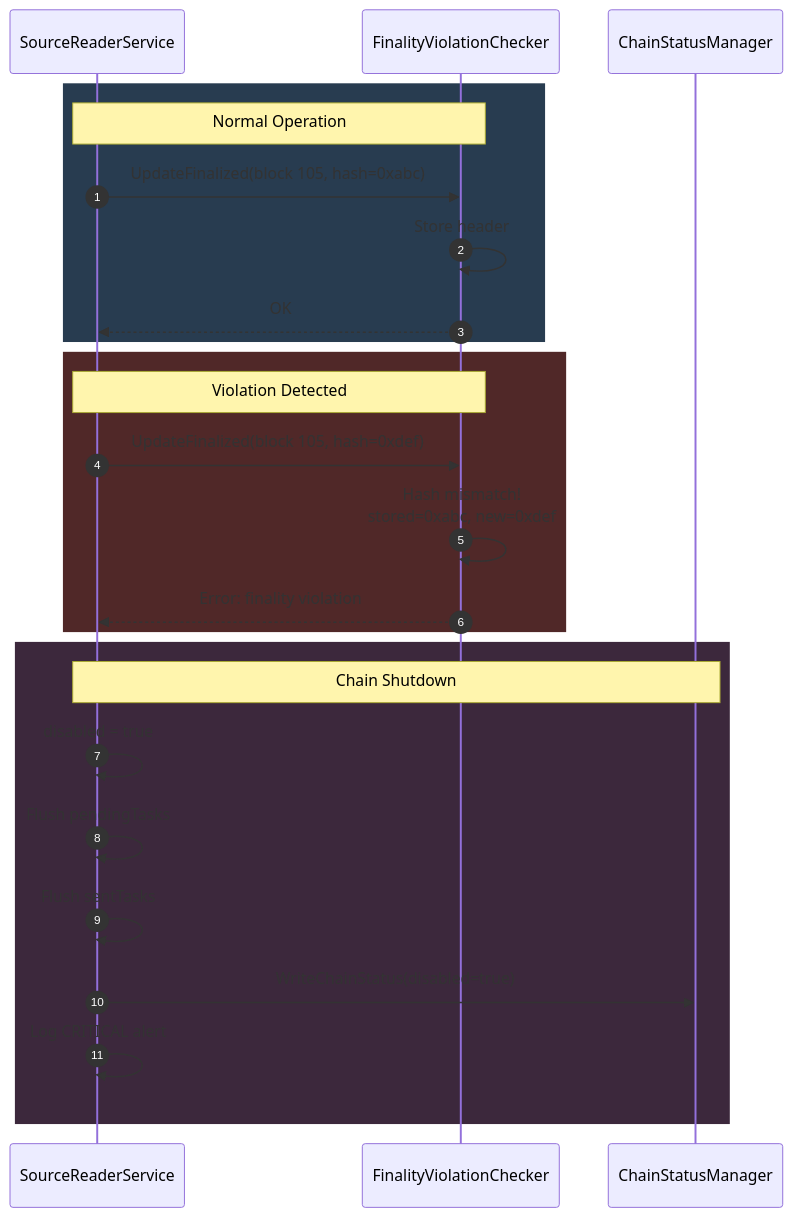
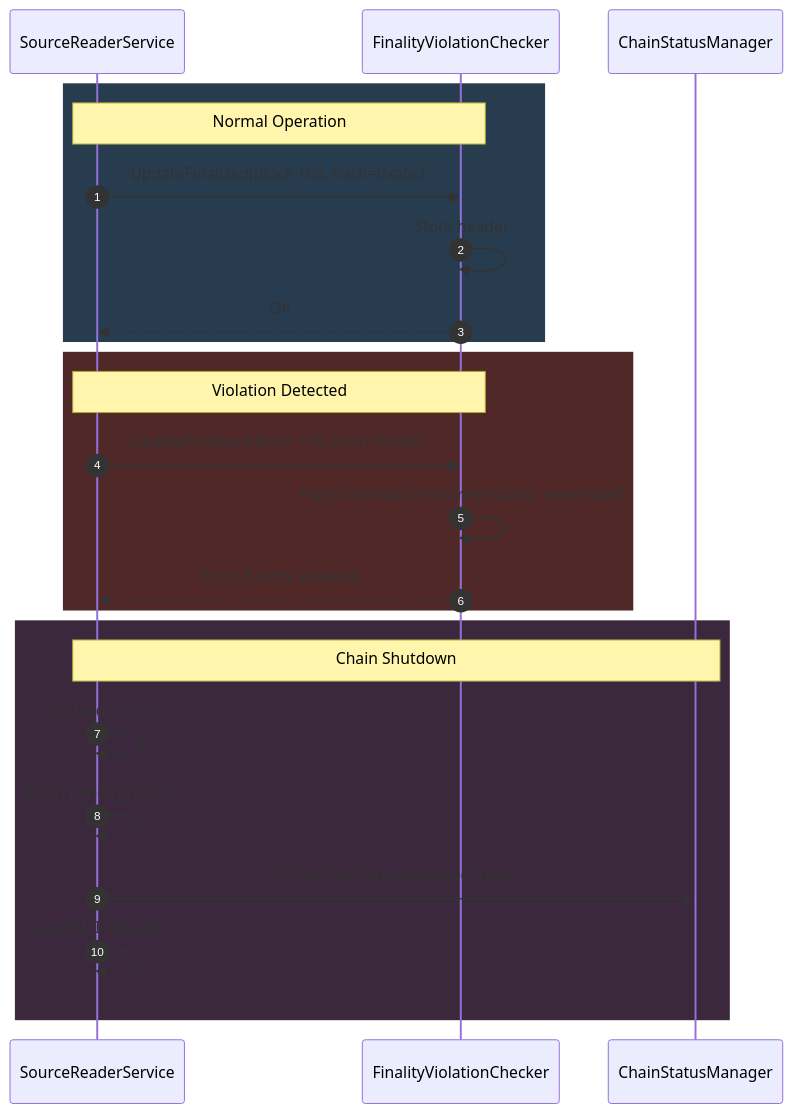
The third of 4 diagrams in verifier/docs/verifier.md (smartcontractkit/chainlink-ccv), drawn with Mermaid before and after one commit. The commit also changed other lines of this file and 2 other files, not shown here.

````diff
--- a/verifier/docs/verifier.md
+++ b/verifier/docs/verifier.md
@@ -494,30 +245,29 @@
 ```mermaid
 sequenceDiagram
     autonumber
     participant SRS as SourceReaderService
     participant FVC as FinalityViolationChecker
     participant CSM as ChainStatusManager
 
     rect rgb(40, 60, 80)
         Note over SRS,FVC: Normal Operation
         SRS->>FVC: UpdateFinalized(block 105, hash=0xabc)
         FVC->>FVC: Store header
         FVC-->>SRS: OK
     end
 
     rect rgb(80, 40, 40)
         Note over SRS,FVC: Violation Detected
         SRS->>FVC: UpdateFinalized(block 105, hash=0xdef)
-        FVC->>FVC: Hash mismatch!<br/>stored=0xabc, new=0xdef
+        FVC->>FVC: Hash mismatch!\nstored=0xabc, new=0xdef
         FVC-->>SRS: Error: finality violation
     end
 
     rect rgb(60, 40, 60)
         Note over SRS,CSM: Chain Shutdown
         SRS->>SRS: disabled = true
         SRS->>SRS: Flush pendingTasks
-        SRS->>SRS: Flush sentTasks
         SRS->>CSM: WriteChainStatus(disabled=true)
         SRS->>SRS: Log CRITICAL alert
     end
 ```
````
